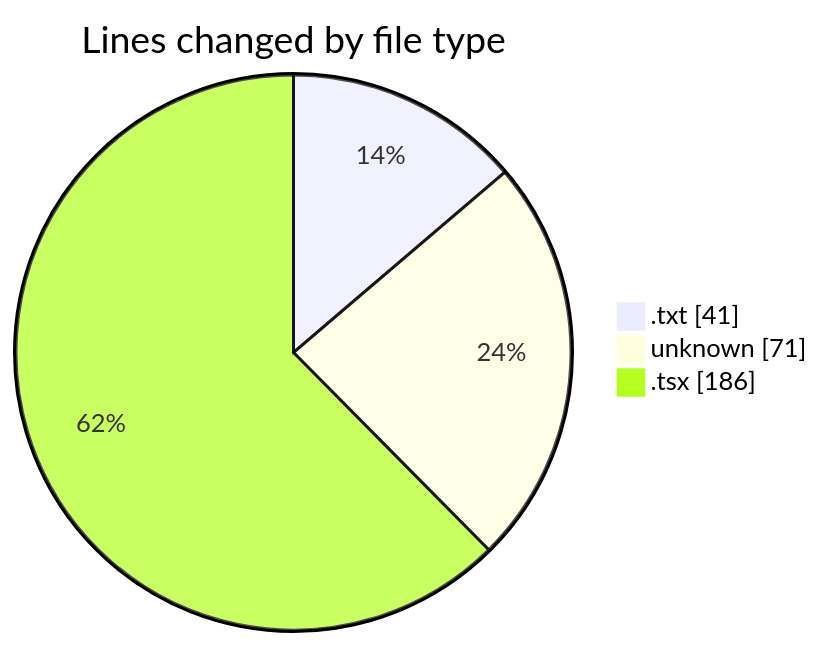
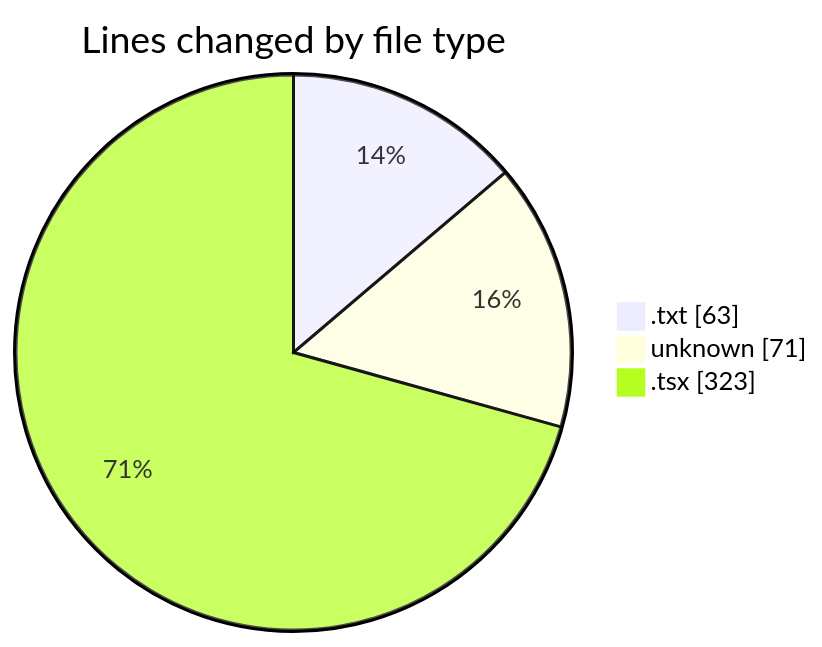
Before and after one commit to CELIANVF/code-tracking: the first of 2 diagrams in 2025-05-22/ecodeli-1/README.md, drawn with Mermaid. The commit also changed other lines of this file and 1 other file, not shown here.

````diff
--- a/2025-05-22/ecodeli-1/README.md
+++ b/2025-05-22/ecodeli-1/README.md
@@ -23,7 +25,7 @@
 ```mermaid
 pie showData
 title Lines changed by file type
-".txt" : 41
+".txt" : 63
 "unknown" : 71
-".tsx" : 186
+".tsx" : 323
 ```
````
